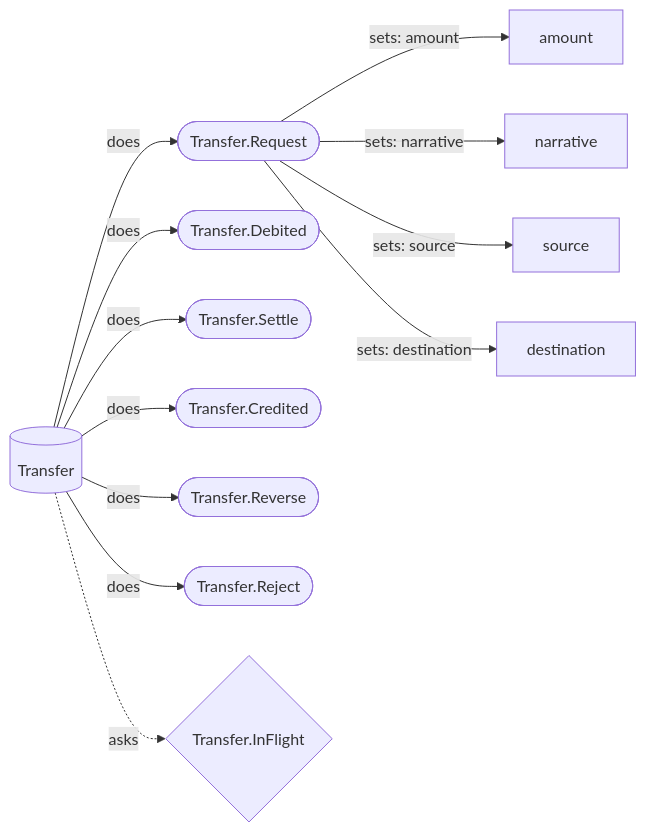
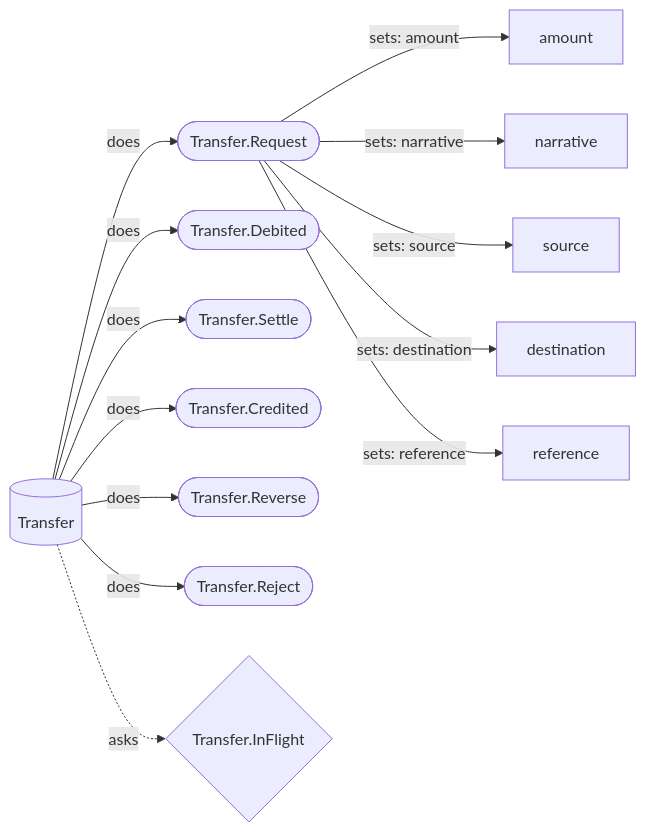
One commit to chrisyoung/hecks changed the diagram in docs/generated/diagrams/banking/Transfer_surface.mmd. Above: the diagram before and after it, drawn with Mermaid. The commit also changed 6 other files, not shown here.

```diff
--- a/docs/generated/diagrams/banking/Transfer_surface.mmd
+++ b/docs/generated/diagrams/banking/Transfer_surface.mmd
@@ -1,14 +1,15 @@
 %% GENERATED by bin/project_diagrams from Transfer's own declared commands (and what each writes) and queries — DO NOT EDIT BY HAND.
 %% Re-run `bin/project_diagrams <domain-path> Banking` after any change.
 flowchart LR
     Transfer[(Transfer)] -->|does| cmd_Transfer_Request(["Transfer.Request"])
     Transfer[(Transfer)] -->|does| cmd_Transfer_Debited(["Transfer.Debited"])
     Transfer[(Transfer)] -->|does| cmd_Transfer_Settle(["Transfer.Settle"])
     Transfer[(Transfer)] -->|does| cmd_Transfer_Credited(["Transfer.Credited"])
     Transfer[(Transfer)] -->|does| cmd_Transfer_Reverse(["Transfer.Reverse"])
     Transfer[(Transfer)] -->|does| cmd_Transfer_Reject(["Transfer.Reject"])
     cmd_Transfer_Request(["Transfer.Request"]) -->|"sets: amount"| attr_Transfer_amount[amount]
     cmd_Transfer_Request(["Transfer.Request"]) -->|"sets: narrative"| attr_Transfer_narrative[narrative]
     cmd_Transfer_Request(["Transfer.Request"]) -->|"sets: source"| attr_Transfer_source[source]
     cmd_Transfer_Request(["Transfer.Request"]) -->|"sets: destination"| attr_Transfer_destination[destination]
+    cmd_Transfer_Request(["Transfer.Request"]) -->|"sets: reference"| attr_Transfer_reference[reference]
     Transfer[(Transfer)] -.->|asks| qry_Transfer_InFlight{"Transfer.InFlight"}
```
